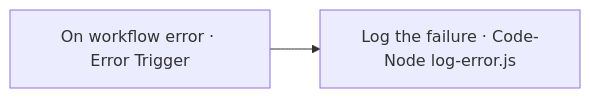
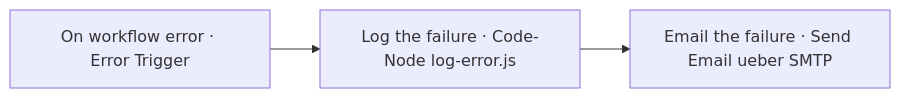
One commit to ttoebbe/code-a-cuisine changed the third of 4 diagrams in docs/architektur.md. Above: the diagram before and after it, drawn with Mermaid. The commit also changed other lines of this file and 4 other files, not shown here.

````diff
--- a/docs/architektur.md
+++ b/docs/architektur.md
@@ -203,6 +203,7 @@
 ```mermaid
 flowchart LR
   err["On workflow error · Error Trigger"]
   log["Log the failure · Code-Node log-error.js"]
-  err --> log
+  mail["Email the failure · Send Email ueber SMTP"]
+  err --> log --> mail
 ```
````
